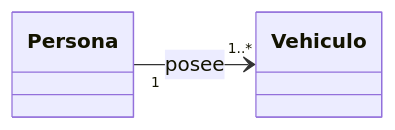
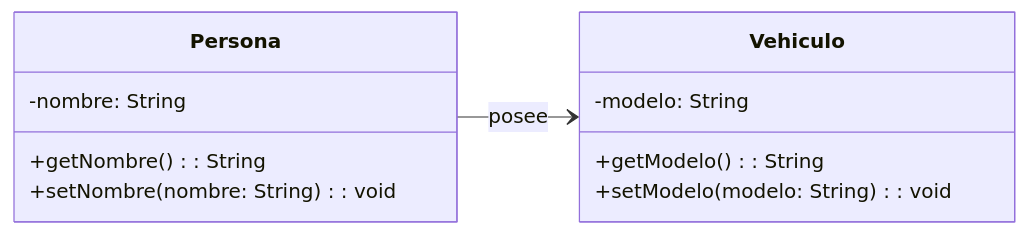
The third of 4 diagrams in UD4 - Introducción a POO, diagramas UML y diagramas de clases/ud04_2_notacion_uml_diagramas_clases.md (danielmartinan/entornos_desarrollo_2024-25), drawn with Mermaid before and after one commit. The commit also changed other lines of this file, not shown here.

````diff
--- a/UD4 - Introducción a POO, diagramas UML y diagramas de clases/ud04_2_notacion_uml_diagramas_clases.md
+++ b/UD4 - Introducción a POO, diagramas UML y diagramas de clases/ud04_2_notacion_uml_diagramas_clases.md
@@ -115,8 +81,18 @@
-```mermaid
+``` mermaid
 classDiagram
     direction LR
-    class Persona
-    class Vehiculo
+    class Persona {
+        -nombre: String
+        +getNombre(): String
+        +setNombre(nombre: String): void
+    }
 
-    Persona "1" --> "1..*" Vehiculo: posee
-```
+    class Vehiculo {
+        -modelo: String
+        +getModelo(): String
+        +setModelo(modelo: String): void
+    }
+
+    Persona --> Vehiculo: posee
+
+``` 
````
